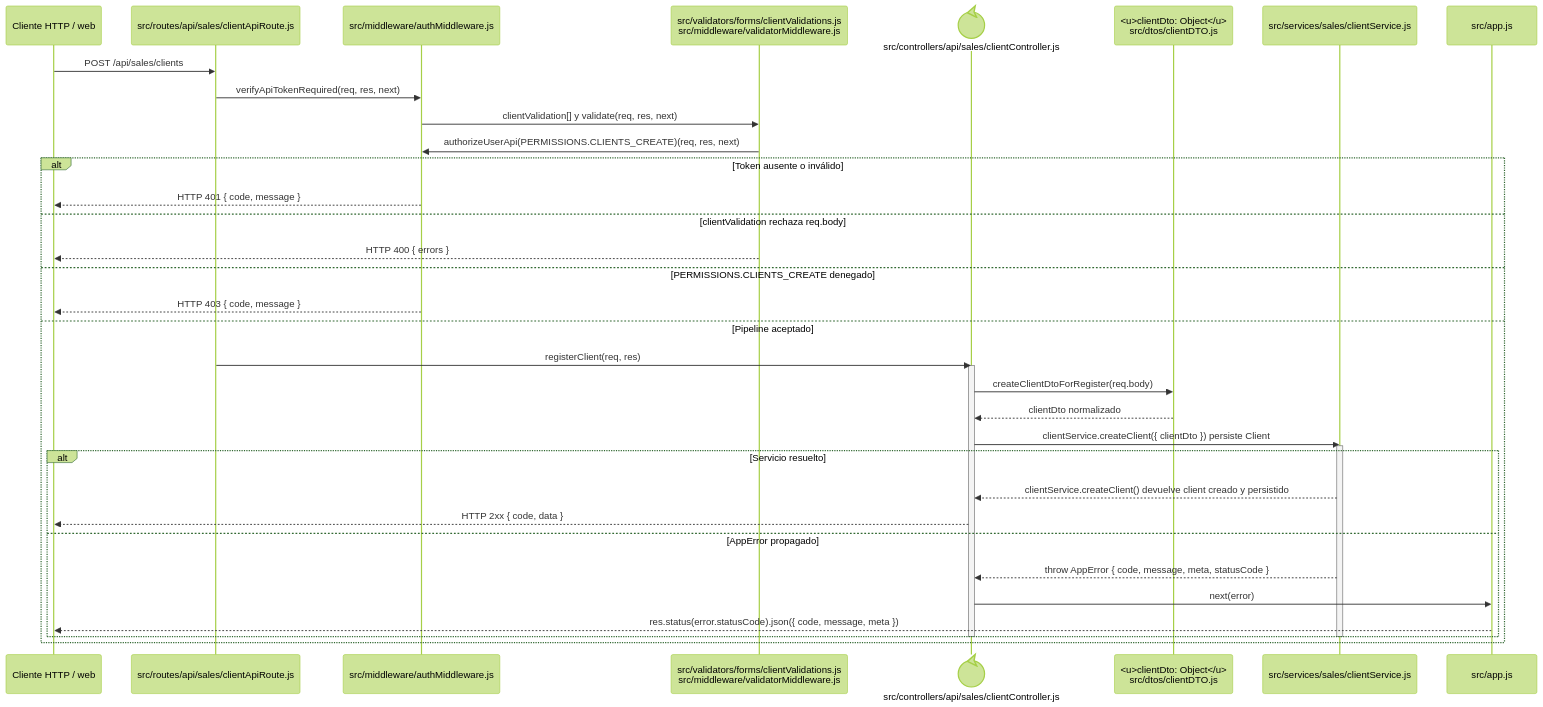
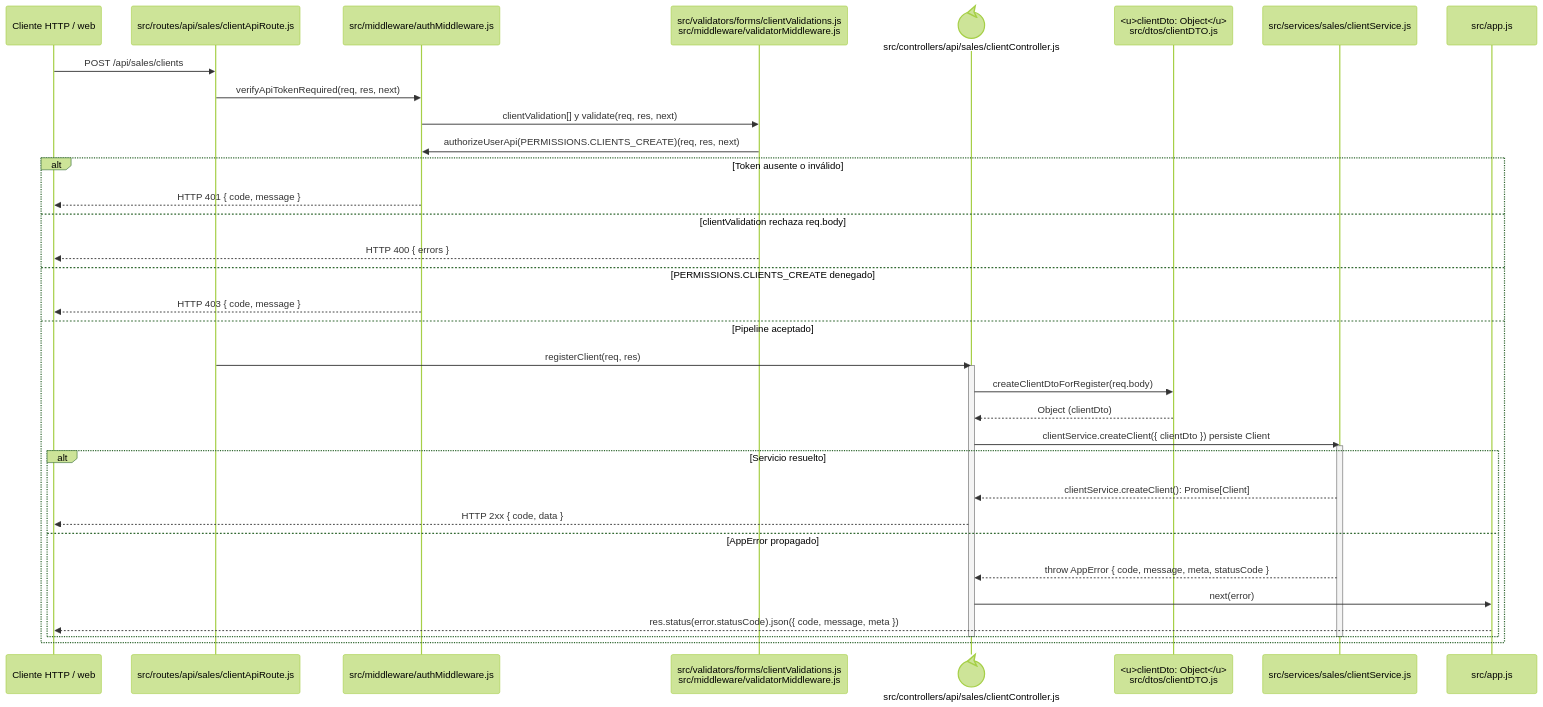
One commit to gpgsistemas01/nexus changed the diagram in docs/architecture/backend-code-sequences/catalogs/cu-cat-06.md. Above: the diagram before and after it, drawn with Mermaid (forest theme). The commit also changed 146 other files, not shown here.

````diff
--- a/docs/architecture/backend-code-sequences/catalogs/cu-cat-06.md
+++ b/docs/architecture/backend-code-sequences/catalogs/cu-cat-06.md
@@ -10,40 +10,40 @@
 ```mermaid
 sequenceDiagram
     participant Client as Cliente HTTP / web
     participant Route as src/routes/api/sales/clientApiRoute.js
     participant Auth as src/middleware/authMiddleware.js
     participant Validator as src/validators/forms/clientValidations.js<br/>src/middleware/validatorMiddleware.js
     participant Controller@{ "type": "control" } as src/controllers/api/sales/clientController.js
     participant ClientDto as <u>clientDto: Object</u><br/>src/dtos/clientDTO.js
     participant Domain as src/services/sales/clientService.js
     participant ErrorHandler as src/app.js
 
     Client->>Route: POST /api/sales/clients
     Route->>Auth: verifyApiTokenRequired(req, res, next)
     Auth->>Validator: clientValidation[] y validate(req, res, next)
     Validator->>Auth: authorizeUserApi(PERMISSIONS.CLIENTS_CREATE)(req, res, next)
     alt Token ausente o inválido
         Auth-->>Client: HTTP 401 { code, message }
     else clientValidation rechaza req.body
         Validator-->>Client: HTTP 400 { errors }
     else PERMISSIONS.CLIENTS_CREATE denegado
         Auth-->>Client: HTTP 403 { code, message }
     else Pipeline aceptado
         Route->>Controller: registerClient(req, res)
         activate Controller
         Controller->>ClientDto: createClientDtoForRegister(req.body)
-        ClientDto-->>Controller: clientDto normalizado
+        ClientDto-->>Controller: Object (clientDto)
         Controller->>Domain: clientService.createClient({ clientDto }) persiste Client
         activate Domain
         alt Servicio resuelto
-            Domain-->>Controller: clientService.createClient() devuelve client creado y persistido
+            Domain-->>Controller: clientService.createClient(): Promise[Client]
             Controller-->>Client: HTTP 2xx { code, data }
         else AppError propagado
             Domain-->>Controller: throw AppError { code, message, meta, statusCode }
             Controller->>ErrorHandler: next(error)
             ErrorHandler-->>Client: res.status(error.statusCode).json({ code, message, meta })
         end
         deactivate Domain
         deactivate Controller
     end
 ```
````
